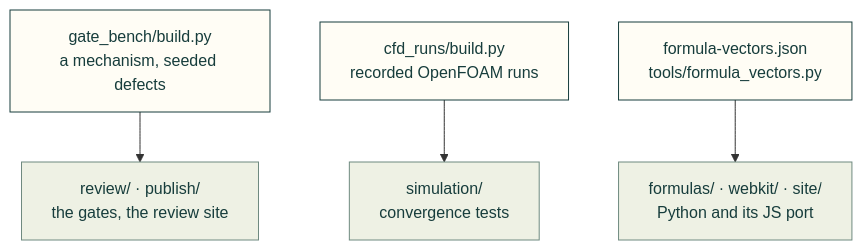
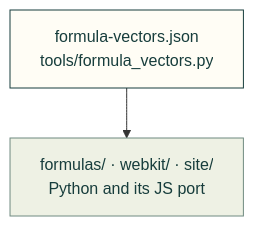
The third of 3 diagrams in tests/fixtures/README.md (Valpatel/cad-agent), drawn with Mermaid before and after one commit. The commit also changed other lines of this file and 26 other files, not shown here.

Commit message:
docs(repo): make published folder diagrams readable across screen sizes

````diff
--- a/tests/fixtures/README.md
+++ b/tests/fixtures/README.md
@@ -9,10 +37,10 @@
 ```mermaid
 flowchart TD
-    B["gate_bench/build.py<br/>a mechanism, seeded defects"] --> R["review/ · publish/<br/>the gates, the review site"]
-    C["cfd_runs/build.py<br/>recorded OpenFOAM runs"] --> S["simulation/<br/>convergence tests"]
-    V["formula-vectors.json<br/>tools/formula_vectors.py"] --> W["formulas/ · webkit/ · site/<br/>Python and its JS port"]
+    V["formula-vectors.json<br/>tools/formula_vectors.py"]
+    W["formulas/ · webkit/ · site/<br/>Python and its JS port"]
+    V --> W
     classDef here fill:#fffdf5,stroke:#173d3c,color:#173d3c
     classDef near fill:#eef1e4,stroke:#6f8a80,color:#173d3c
-    class B,C,V here
-    class R,S,W near
+    class V here
+    class W near
 ```
````
